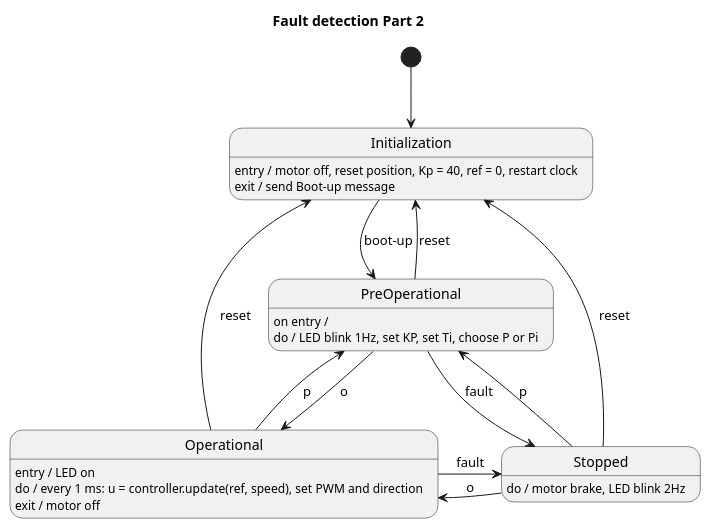
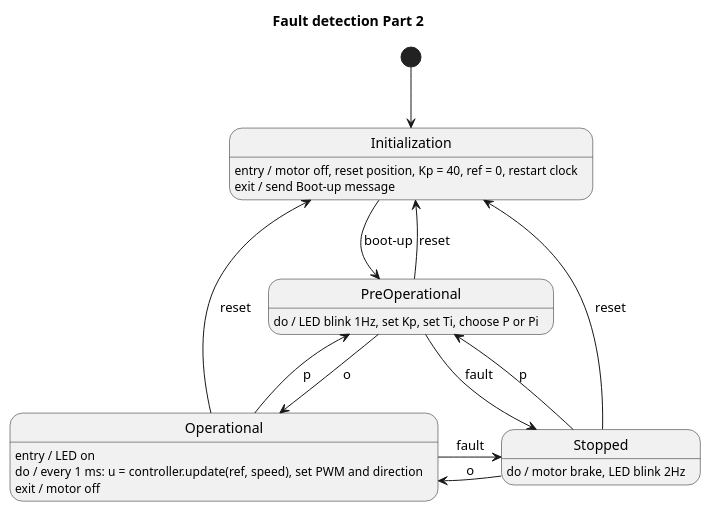
The diagram in Project3/docs/diagrams/src/part4_states.wsd (A-Klang/Projects_EmbeddedRU), drawn with PlantUML before and after one commit.

Commit message:
fixed diagram

```diff
--- a/Project3/docs/diagrams/src/part4_states.wsd
+++ b/Project3/docs/diagrams/src/part4_states.wsd
@@ -1,29 +1,28 @@
 @startuml part2_states
 
 title Fault detection Part 2
 [*] --> Initialization
 
 state Initialization : entry / motor off, reset position, Kp = 40, ref = 0, restart clock
 state Initialization : exit / send Boot-up message
 
-state PreOperational : on entry / 
-state PreOperational : do / LED blink 1Hz, set KP, set Ti, choose P or Pi
+state PreOperational : do / LED blink 1Hz, set Kp, set Ti, choose P or Pi
 
 state Operational : entry / LED on
 state Operational : do / every 1 ms: u = controller.update(ref, speed), set PWM and direction
 state Operational : exit / motor off
 
 state Stopped : do / motor brake, LED blink 2Hz
 
 Operational -right-> Stopped : fault
 Operational -up-> Initialization : reset
 Stopped -left-> Operational : o
 Stopped -up-> Initialization : reset
 Initialization -down-> PreOperational : boot-up
 PreOperational -down-> Operational : o
 PreOperational -right-> Stopped : fault
 PreOperational -up-> Initialization : reset
 Operational -up-> PreOperational : p
 Stopped -left-> PreOperational : p
 
 @enduml
```
